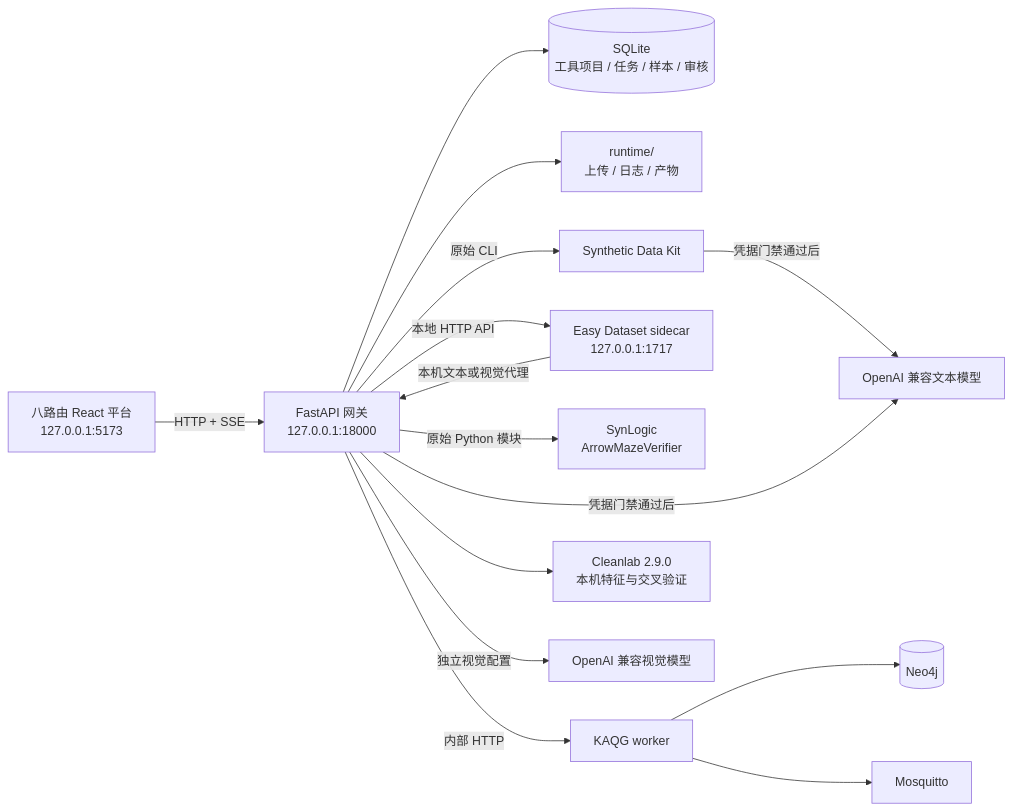
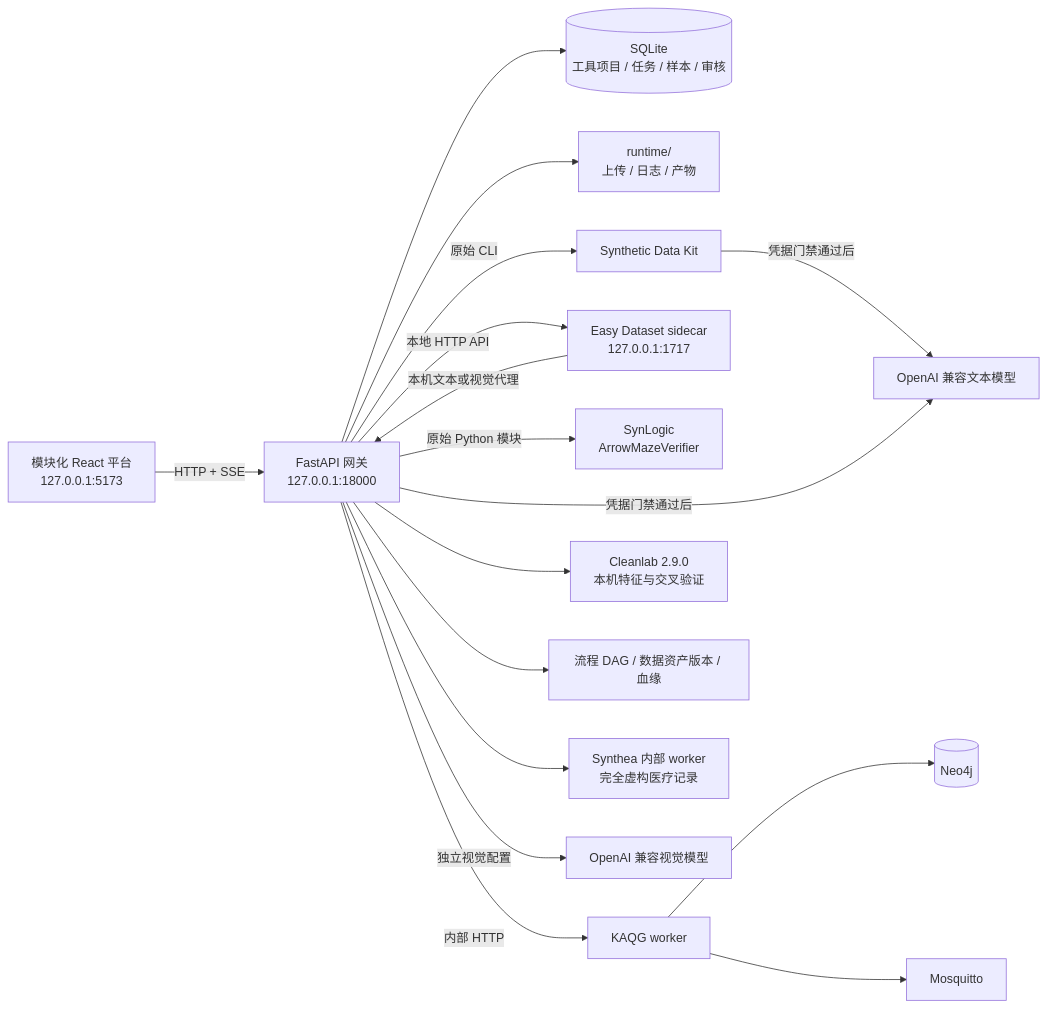
The diagram in docs/架构说明.md (Joeysoda/llm-synthesis-workbench), drawn with Mermaid before and after one commit. The commit also changed other lines of this file and 43 other files, not shown here.

````diff
--- a/docs/架构说明.md
+++ b/docs/架构说明.md
@@ -5,17 +5,19 @@
 ```mermaid
 flowchart LR
-    UI["八路由 React 平台<br/>127.0.0.1:5173"] -->|"HTTP + SSE"| GW["FastAPI 网关<br/>127.0.0.1:18000"]
+    UI["模块化 React 平台<br/>127.0.0.1:5173"] -->|"HTTP + SSE"| GW["FastAPI 网关<br/>127.0.0.1:18000"]
     GW --> DB[("SQLite<br/>工具项目 / 任务 / 样本 / 审核")]
     GW --> FS["runtime/<br/>上传 / 日志 / 产物"]
     GW -->|"原始 CLI"| SDK["Synthetic Data Kit"]
     GW -->|"本地 HTTP API"| EASY["Easy Dataset sidecar<br/>127.0.0.1:1717"]
     GW -->|"原始 Python 模块"| SYN["SynLogic<br/>ArrowMazeVerifier"]
     GW -->|"内部 HTTP"| KAQG["KAQG worker"]
     KAQG --> NEO[("Neo4j")]
     KAQG --> MQTT["Mosquitto"]
     GW --> CLEAN["Cleanlab 2.9.0<br/>本机特征与交叉验证"]
+    GW --> PIPE["流程 DAG / 数据资产版本 / 血缘"]
+    GW --> SYNTH["Synthea 内部 worker<br/>完全虚构医疗记录"]
     SDK -->|"凭据门禁通过后"| TEXT["OpenAI 兼容文本模型"]
     EASY -->|"本机文本或视觉代理"| GW
     GW -->|"凭据门禁通过后"| TEXT
     GW -->|"独立视觉配置"| VISION["OpenAI 兼容视觉模型"]
 ```
````
